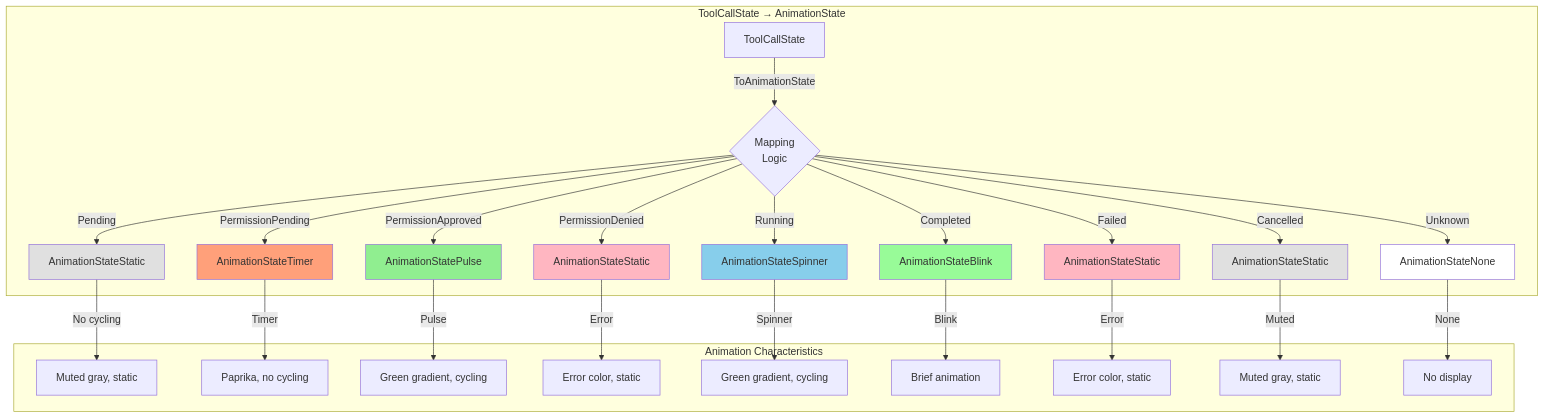
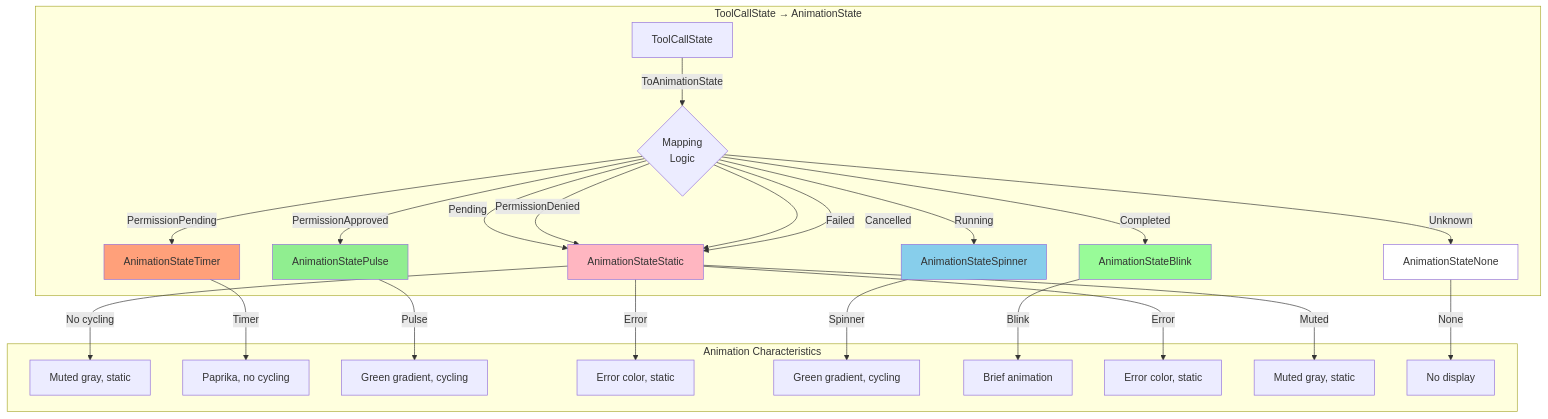
The third of 6 diagrams in docs/animation-state-flow.md (charmbracelet/crush), drawn with Mermaid before and after one commit. The commit also changed other lines of this file and 1 other file, not shown here.

First paragraph of the commit message:
docs: fix mermaid.js syntax and styling in animation documentation
# DOCUMENTATION IMPROVEMENTS
Fixes mermaid.js syntax errors and improves diagram styling consistency.

````diff
--- a/docs/animation-state-flow.md
+++ b/docs/animation-state-flow.md
@@ -155,38 +155,36 @@
 ```mermaid
 graph TB
     subgraph "ToolCallState → AnimationState"
         TS1[ToolCallState] -->|ToAnimationState| MAP{Mapping<br/>Logic}
 
-        MAP -->|Pending| AS1[AnimationStateStatic]
-        MAP -->|PermissionPending| AS2[AnimationStateTimer]
-        MAP -->|PermissionApproved| AS3[AnimationStatePulse]
-        MAP -->|PermissionDenied| AS4[AnimationStateStatic]
-        MAP -->|Running| AS5[AnimationStateSpinner]
-        MAP -->|Completed| AS6[AnimationStateBlink]
-        MAP -->|Failed| AS7[AnimationStateStatic]
-        MAP -->|Cancelled| AS8[AnimationStateStatic]
-        MAP -->|Unknown| AS9[AnimationStateNone]
+        MAP -->|Pending| AnimationStateStatic[AnimationStateStatic]
+        MAP -->|PermissionPending| AnimationStateTimer[AnimationStateTimer]
+        MAP -->|PermissionApproved| AnimationStatePulse[AnimationStatePulse]
+        MAP -->|PermissionDenied| AnimationStateStatic[AnimationStateStatic]
+        MAP -->|Running| AnimationStateSpinner[AnimationStateSpinner]
+        MAP -->|Completed| AnimationStateBlink[AnimationStateBlink]
+        MAP -->|Failed| AnimationStateStatic[AnimationStateStatic]
+        MAP -->|Cancelled| AnimationStateStatic[AnimationStateStatic]
+        MAP -->|Unknown| AnimationStateNone[AnimationStateNone]
     end
 
     subgraph "Animation Characteristics"
-        AS1 -->|No cycling| C1[Muted gray, static]
-        AS2 -->|Timer| C2[Paprika, no cycling]
-        AS3 -->|Pulse| C3[Green gradient, cycling]
-        AS4 -->|Error| C4[Error color, static]
-        AS5 -->|Spinner| C5[Green gradient, cycling]
-        AS6 -->|Blink| C6[Brief animation]
-        AS7 -->|Error| C7[Error color, static]
-        AS8 -->|Muted| C8[Muted gray, static]
-        AS9 -->|None| C9[No display]
+        AnimationStateStatic -->|No cycling| C1[Muted gray, static]
+        AnimationStateTimer -->|Timer| C2[Paprika, no cycling]
+        AnimationStatePulse -->|Pulse| C3[Green gradient, cycling]
+        AnimationStateStatic -->|Error| C4[Error color, static]
+        AnimationStateSpinner -->|Spinner| C5[Green gradient, cycling]
+        AnimationStateBlink -->|Blink| C6[Brief animation]
+        AnimationStateStatic -->|Error| C7[Error color, static]
+        AnimationStateStatic -->|Muted| C8[Muted gray, static]
+        AnimationStateNone -->|None| C9[No display]
     end
 
-    style AS1 fill:#E0E0E0
-    style AS2 fill:#FFA07A
-    style AS3 fill:#90EE90
-    style AS4 fill:#FFB6C1
-    style AS5 fill:#87CEEB
-    style AS6 fill:#98FB98
-    style AS7 fill:#FFB6C1
-    style AS8 fill:#E0E0E0
-    style AS9 fill:#FFFFFF
+    style AnimationStateStatic fill:#E0E0E0
+    style AnimationStateTimer fill:#FFA07A
+    style AnimationStatePulse fill:#90EE90
+    style AnimationStateStatic fill:#FFB6C1
+    style AnimationStateSpinner fill:#87CEEB
+    style AnimationStateBlink fill:#98FB98
+    style AnimationStateNone fill:#FFFFFF
 ```
````
